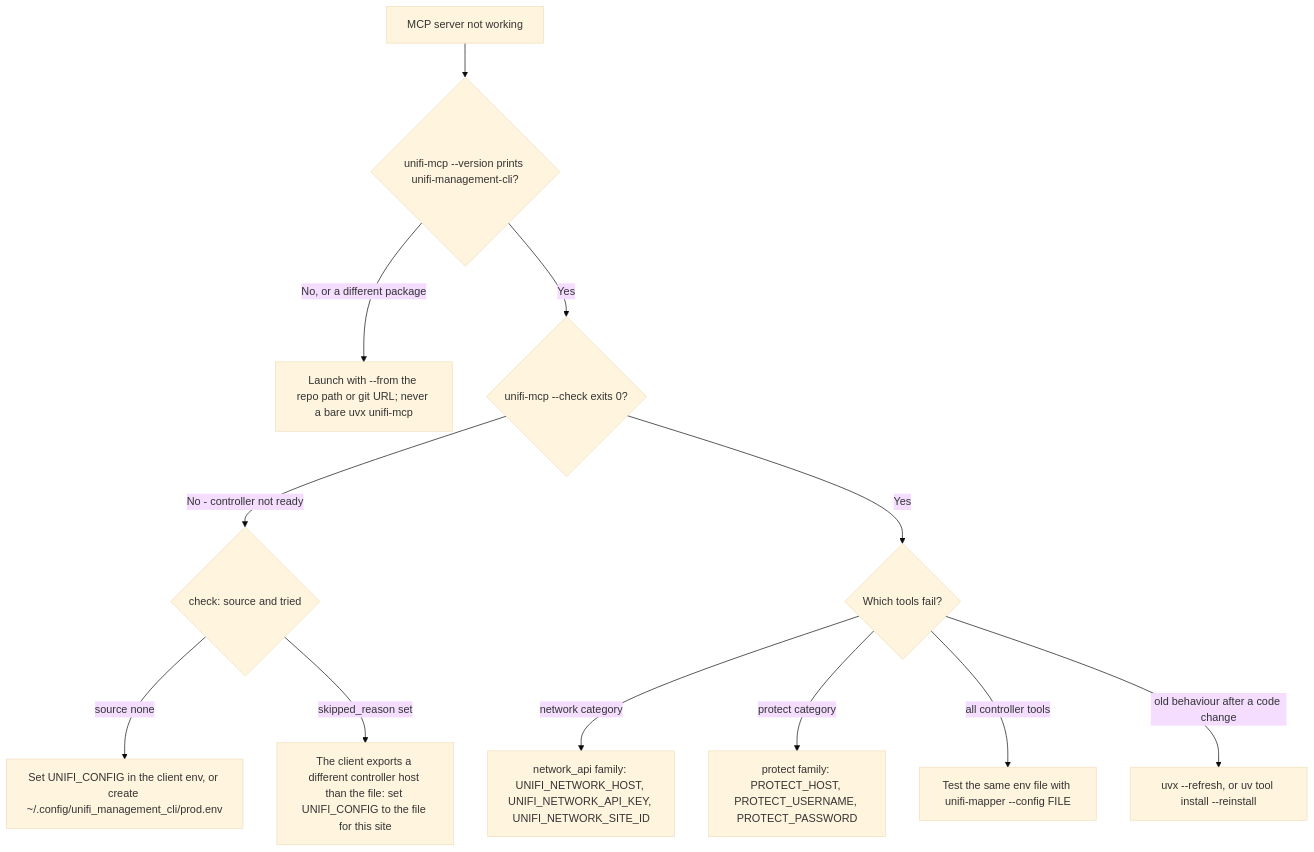
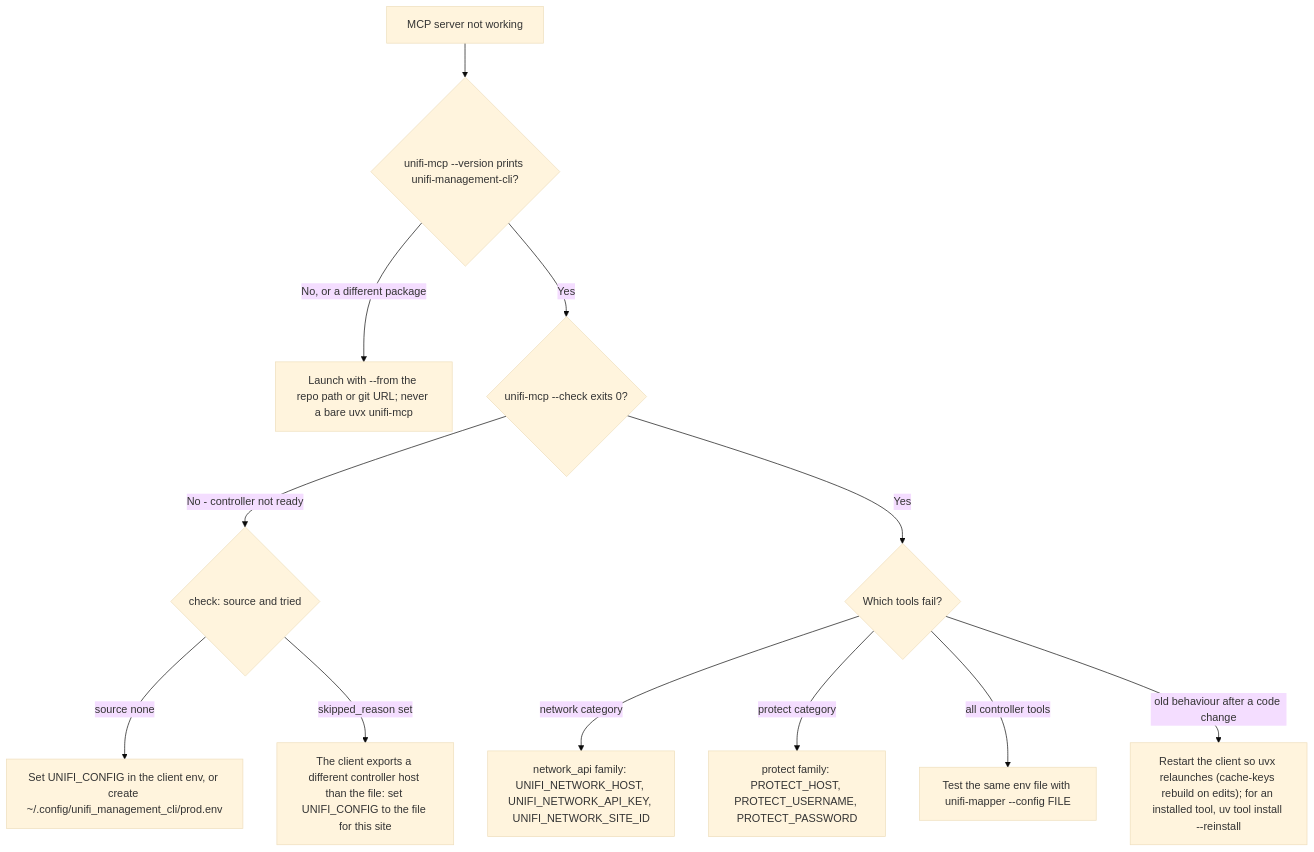
One commit to NetDevAutomate/unifi_management_cli changed the ninth of 14 diagrams in docs/operations/troubleshooting-and-runbook.md. Above: the diagram before and after it, drawn with Mermaid (base theme). The commit also changed 5 other files, not shown here.

````diff
--- a/docs/operations/troubleshooting-and-runbook.md
+++ b/docs/operations/troubleshooting-and-runbook.md
@@ -621,14 +621,14 @@
 ```mermaid
 flowchart TD
     A[MCP server not working] --> B{"unifi-mcp --version prints unifi-management-cli?"}
     B -->|No, or a different package| C["Launch with --from the repo path or git URL; never a bare uvx unifi-mcp"]
     B -->|Yes| D{"unifi-mcp --check exits 0?"}
     D -->|No - controller not ready| E{"check: source and tried"}
     E -->|source none| F[Set UNIFI_CONFIG in the client env, or create ~/.config/unifi_management_cli/prod.env]
     E -->|skipped_reason set| G[The client exports a different controller host than the file: set UNIFI_CONFIG to the file for this site]
     D -->|Yes| H{Which tools fail?}
     H -->|network category| I[network_api family: UNIFI_NETWORK_HOST, UNIFI_NETWORK_API_KEY, UNIFI_NETWORK_SITE_ID]
     H -->|protect category| J[protect family: PROTECT_HOST, PROTECT_USERNAME, PROTECT_PASSWORD]
     H -->|all controller tools| K["Test the same env file with unifi-mapper --config FILE"]
-    H -->|old behaviour after a code change| L["uvx --refresh, or uv tool install --reinstall"]
+    H -->|old behaviour after a code change| L["Restart the client so uvx relaunches (cache-keys rebuild on edits); for an installed tool, uv tool install --reinstall"]
 ```
````
